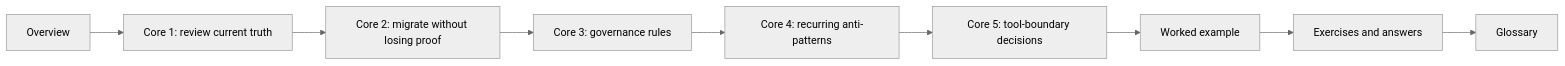
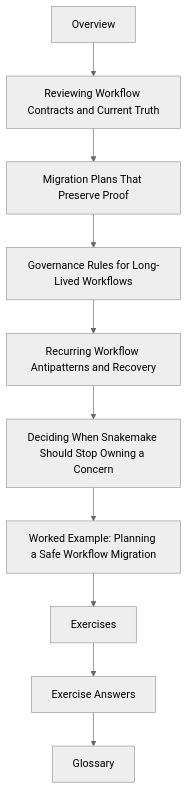
One commit to bijux/bijux-masterclass changed the second of 2 diagrams in programs/reproducible-research/deep-dive-snakemake/course-book/module-10-governance-migration-tool-boundaries/index.md. Above: the diagram before and after it, drawn with Mermaid (neutral theme). The commit also changed other lines of this file and 2 other files, not shown here.

Commit message:
docs(snakemake): teach workflow stewardship review

````diff
--- a/programs/reproducible-research/deep-dive-snakemake/course-book/module-10-governance-migration-tool-boundaries/index.md
+++ b/programs/reproducible-research/deep-dive-snakemake/course-book/module-10-governance-migration-tool-boundaries/index.md
@@ -80,11 +68,12 @@
 ```mermaid
-flowchart LR
-  overview["Overview"] --> core1["Core 1: review current truth"]
-  core1 --> core2["Core 2: migrate without losing proof"]
-  core2 --> core3["Core 3: governance rules"]
-  core3 --> core4["Core 4: recurring anti-patterns"]
-  core4 --> core5["Core 5: tool-boundary decisions"]
-  core5 --> example["Worked example"]
-  example --> practice["Exercises and answers"]
-  practice --> glossary["Glossary"]
+flowchart TD
+  start["Overview"] --> core1["Reviewing Workflow Contracts and Current Truth"]
+  core1 --> core2["Migration Plans That Preserve Proof"]
+  core2 --> core3["Governance Rules for Long-Lived Workflows"]
+  core3 --> core4["Recurring Workflow Antipatterns and Recovery"]
+  core4 --> core5["Deciding When Snakemake Should Stop Owning a Concern"]
+  core5 --> example["Worked Example: Planning a Safe Workflow Migration"]
+  example --> practice["Exercises"]
+  practice --> answers["Exercise Answers"]
+  answers --> glossary["Glossary"]
 ```
````
